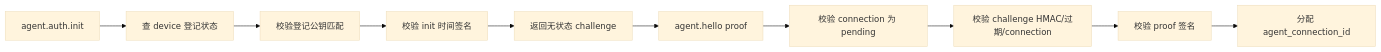
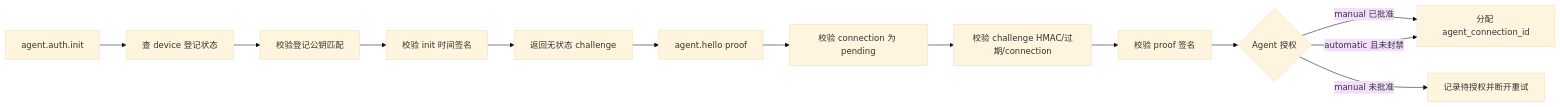
Before and after one commit to zhangbozhb/OmniWork: the diagram in docs/relay-architecture.md, drawn with Mermaid (base theme). The commit also changed other lines of this file and 198 other files, not shown here.

````diff
--- a/docs/relay-architecture.md
+++ b/docs/relay-architecture.md
@@ -68,12 +75,15 @@
 ```mermaid
 flowchart LR
   A[agent.auth.init] --> B[查 device 登记状态]
   B --> C[校验登记公钥匹配]
   C --> D[校验 init 时间签名]
   D --> E[返回无状态 challenge]
   E --> F[agent.hello proof]
   F --> G[校验 connection 为 pending]
   G --> H[校验 challenge HMAC/过期/connection]
   H --> I[校验 proof 签名]
-  I --> J[分配 agent_connection_id]
+  I --> J{Agent 授权}
+  J -->|manual 已批准| K[分配 agent_connection_id]
+  J -->|manual 未批准| L[记录待授权并断开重试]
+  J -->|automatic 且未封禁| K
 ```
````
